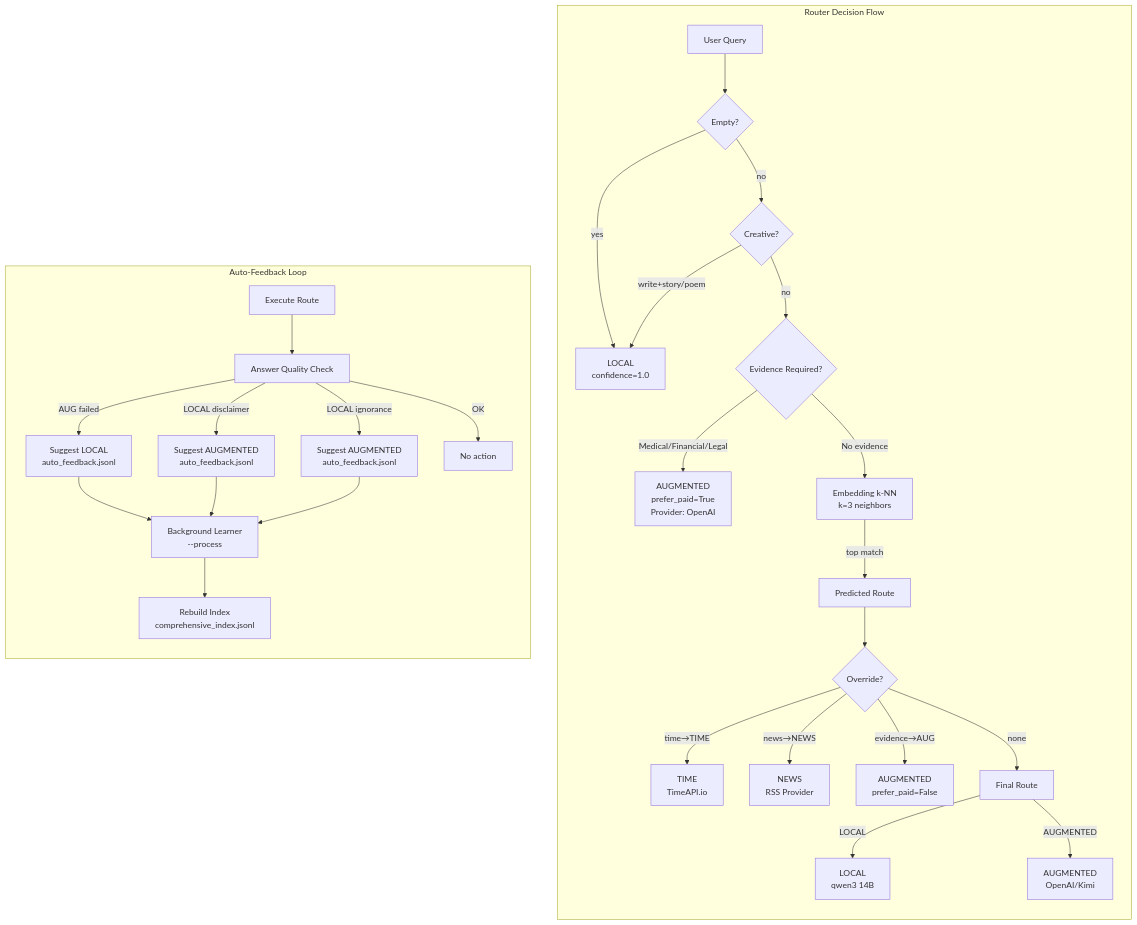
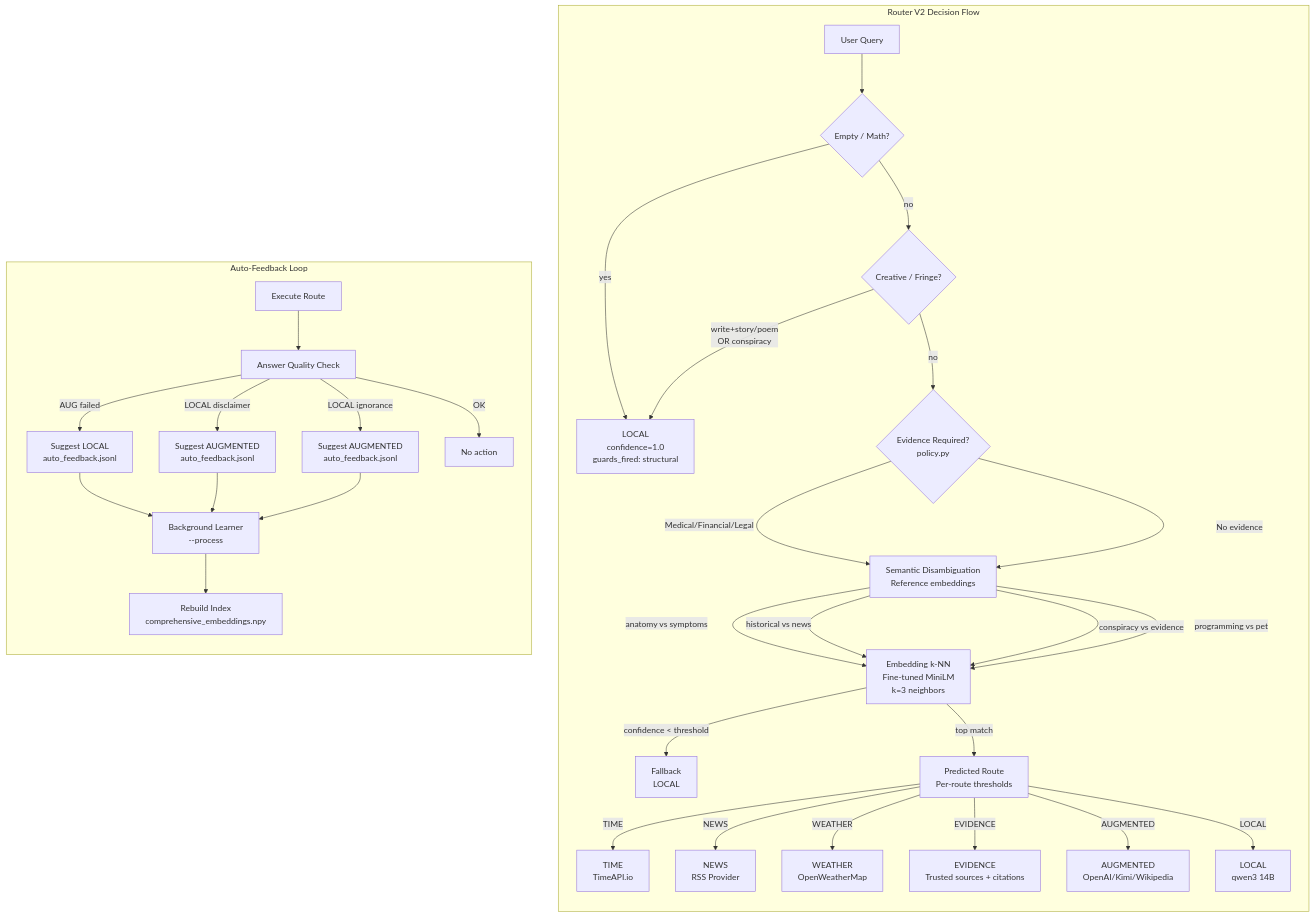
Before and after one commit to mikemichaelperry-cloud/Local-Lucy: the second of 3 diagrams in ARCHITECTURE.md, drawn with Mermaid. The commit also changed other lines of this file and 188 other files, not shown here.

````diff
--- a/ARCHITECTURE.md
+++ b/ARCHITECTURE.md
@@ -331,39 +323,43 @@
 ```mermaid
 flowchart TD
-    subgraph "Router Decision Flow"
+    subgraph "Router V2 Decision Flow"
         direction TB
-        Q["User Query"] --> EMPTY{"Empty?"}
-        EMPTY -->|yes| LOC["LOCAL<br/>confidence=1.0"]
-        EMPTY -->|no| CREATIVE{"Creative?"}
+        Q["User Query"] --> EMPTY{"Empty / Math?"}
+        EMPTY -->|yes| LOC["LOCAL<br/>confidence=1.0<br/>guards_fired: structural"]
+        EMPTY -->|no| CREATIVE{"Creative / Fringe?"}
 
-        CREATIVE -->|write+story/poem| LOC
-        CREATIVE -->|no| EVID{"Evidence Required?"}
+        CREATIVE -->|write+story/poem<br/>OR conspiracy| LOC
+        CREATIVE -->|no| EVID{"Evidence Required?<br/>policy.py"}
 
-        EVID -->|Medical/Financial/Legal| AUG["AUGMENTED<br/>prefer_paid=True<br/>Provider: OpenAI"]
-        EVID -->|No evidence| EMBED["Embedding k-NN<br/>k=3 neighbors"]
+        EVID -->|Medical/Financial/Legal| DISAMBIG["Semantic Disambiguation<br/>Reference embeddings"]
+        EVID -->|No evidence| DISAMBIG
 
-        EMBED -->|top match| PRED["Predicted Route"]
-        PRED --> OVERRIDE{"Override?"}
+        DISAMBIG -->|anatomy vs symptoms| EMBED["Embedding k-NN<br/>Fine-tuned MiniLM<br/>k=3 neighbors"]
+        DISAMBIG -->|historical vs news| EMBED
+        DISAMBIG -->|conspiracy vs evidence| EMBED
+        DISAMBIG -->|programming vs pet| EMBED
 
-        OVERRIDE -->|time→TIME| TIME["TIME<br/>TimeAPI.io"]
-        OVERRIDE -->|news→NEWS| NEWS["NEWS<br/>RSS Provider"]
-        OVERRIDE -->|evidence→AUG| AUG2["AUGMENTED<br/>prefer_paid=False"]
-        OVERRIDE -->|none| FINAL["Final Route"]
+        EMBED -->|confidence < threshold| FALL["Fallback<br/>LOCAL"]
+        EMBED -->|top match| PRED["Predicted Route<br/>Per-route thresholds"]
 
-        FINAL -->|LOCAL| LOC2["LOCAL<br/>qwen3 14B"]
-        FINAL -->|AUGMENTED| AUG3["AUGMENTED<br/>OpenAI/Kimi"]
+        PRED -->|TIME| TIME["TIME<br/>TimeAPI.io"]
+        PRED -->|NEWS| NEWS["NEWS<br/>RSS Provider"]
+        PRED -->|WEATHER| WEATHER["WEATHER<br/>OpenWeatherMap"]
+        PRED -->|EVIDENCE| EVID2["EVIDENCE<br/>Trusted sources + citations"]
+        PRED -->|AUGMENTED| AUG["AUGMENTED<br/>OpenAI/Kimi/Wikipedia"]
+        PRED -->|LOCAL| LOC2["LOCAL<br/>qwen3 14B"]
     end
 
     subgraph "Auto-Feedback Loop"
         direction TB
         EXEC["Execute Route"] --> ANS["Answer Quality Check"]
         ANS -->|AUG failed| FB1["Suggest LOCAL<br/>auto_feedback.jsonl"]
         ANS -->|LOCAL disclaimer| FB2["Suggest AUGMENTED<br/>auto_feedback.jsonl"]
         ANS -->|LOCAL ignorance| FB3["Suggest AUGMENTED<br/>auto_feedback.jsonl"]
         ANS -->|OK| NO["No action"]
         FB1 --> LEARN["Background Learner<br/>--process"]
         FB2 --> LEARN
         FB3 --> LEARN
-        LEARN --> IDX["Rebuild Index<br/>comprehensive_index.jsonl"]
+        LEARN --> IDX["Rebuild Index<br/>comprehensive_embeddings.npy"]
     end
 ```
````
